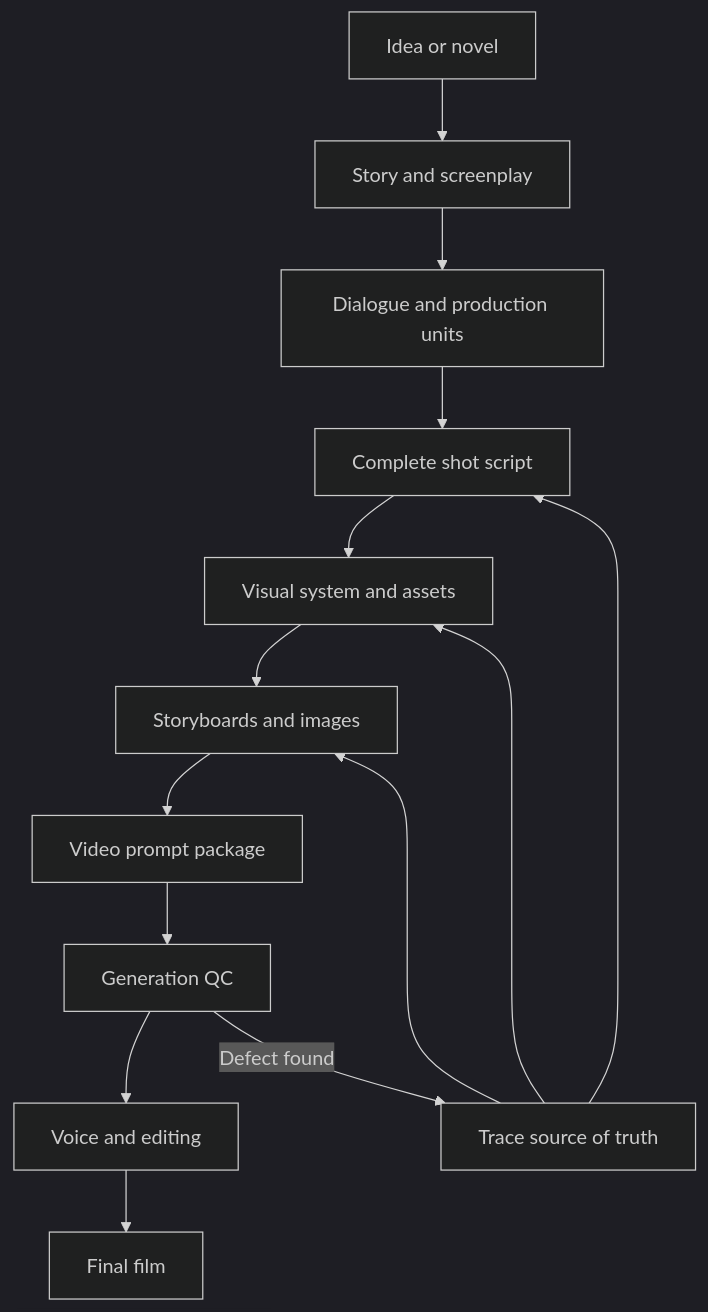
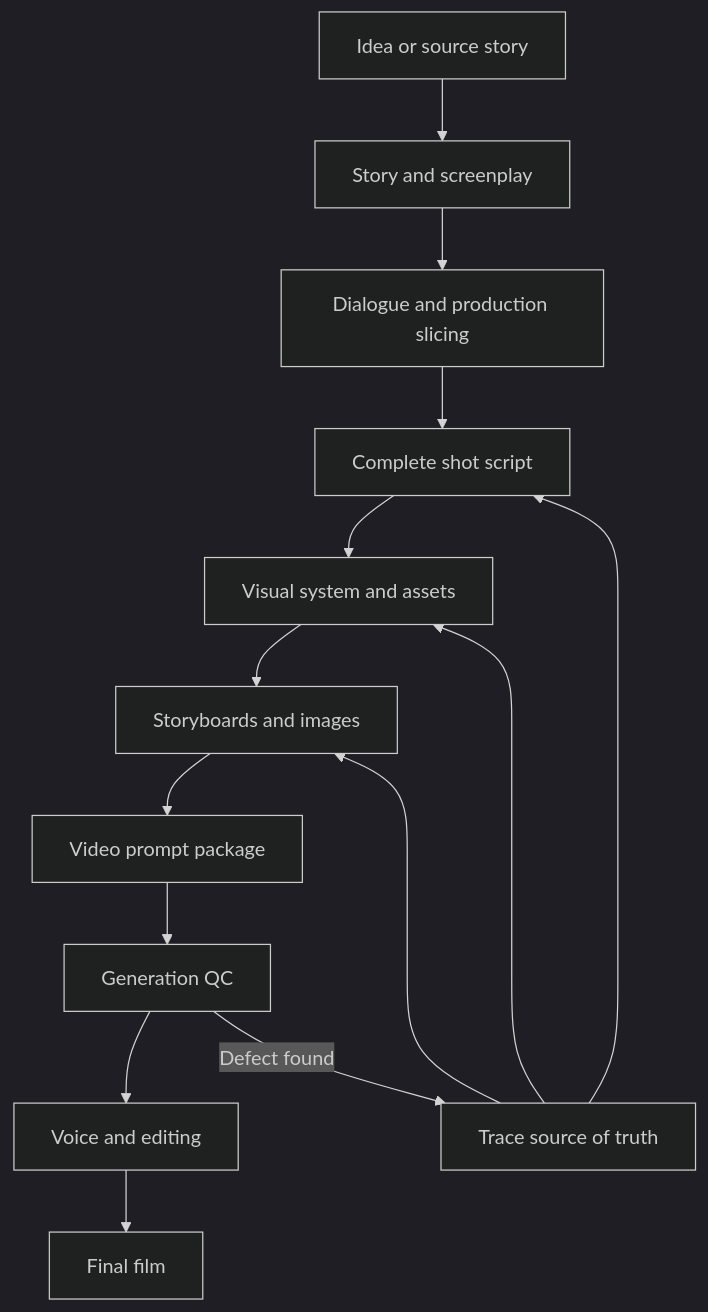
The diagram in README_EN.md (sanxsnr/ai-short-drama-director), drawn with Mermaid (dark theme) before and after one commit. The commit also changed other lines of this file and 32 other files, not shown here.

````diff
--- a/README_EN.md
+++ b/README_EN.md
@@ -206,16 +210,16 @@
 ```mermaid
 flowchart TD
-    A["Idea or novel"] --> B["Story and screenplay"]
-    B --> C["Dialogue and production units"]
+    A["Idea or source story"] --> B["Story and screenplay"]
+    B --> C["Dialogue and production slicing"]
     C --> D["Complete shot script"]
     D --> E["Visual system and assets"]
     E --> F["Storyboards and images"]
     F --> G["Video prompt package"]
     G --> H["Generation QC"]
     H --> I["Voice and editing"]
     I --> J["Final film"]
     H -->|"Defect found"| K["Trace source of truth"]
     K --> D
     K --> E
     K --> F
 ```
````
